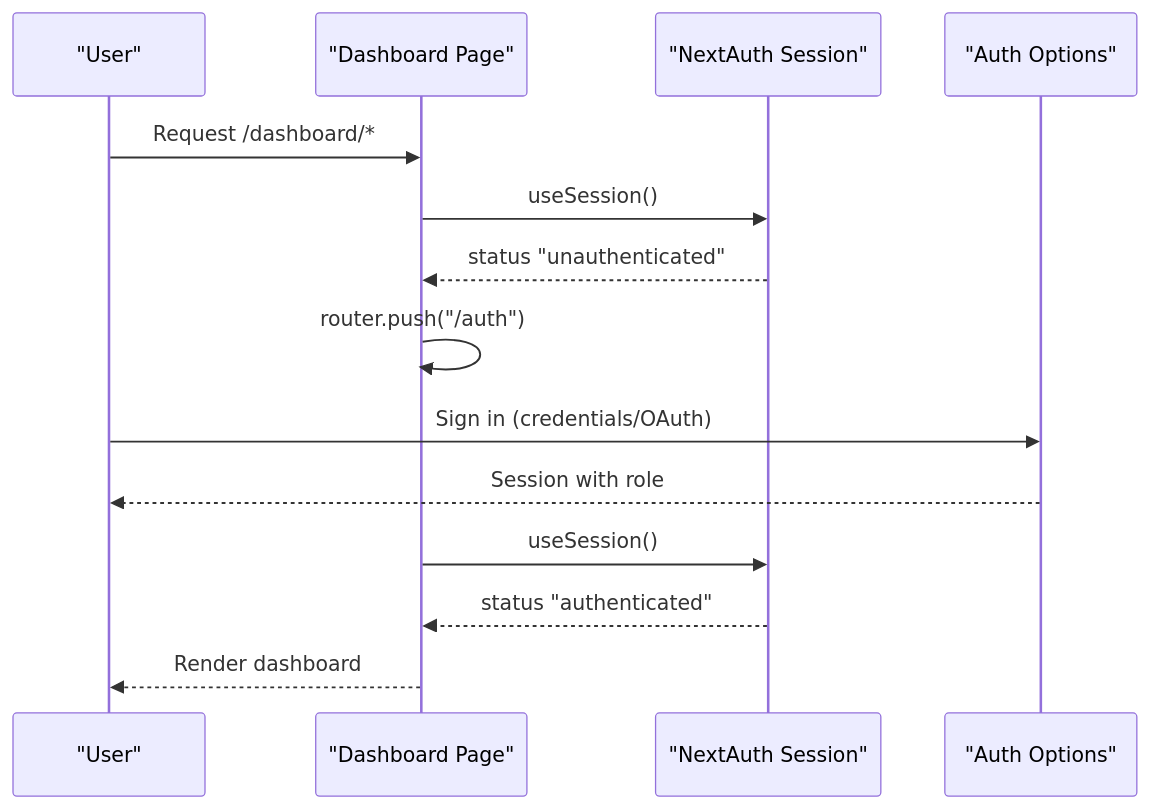
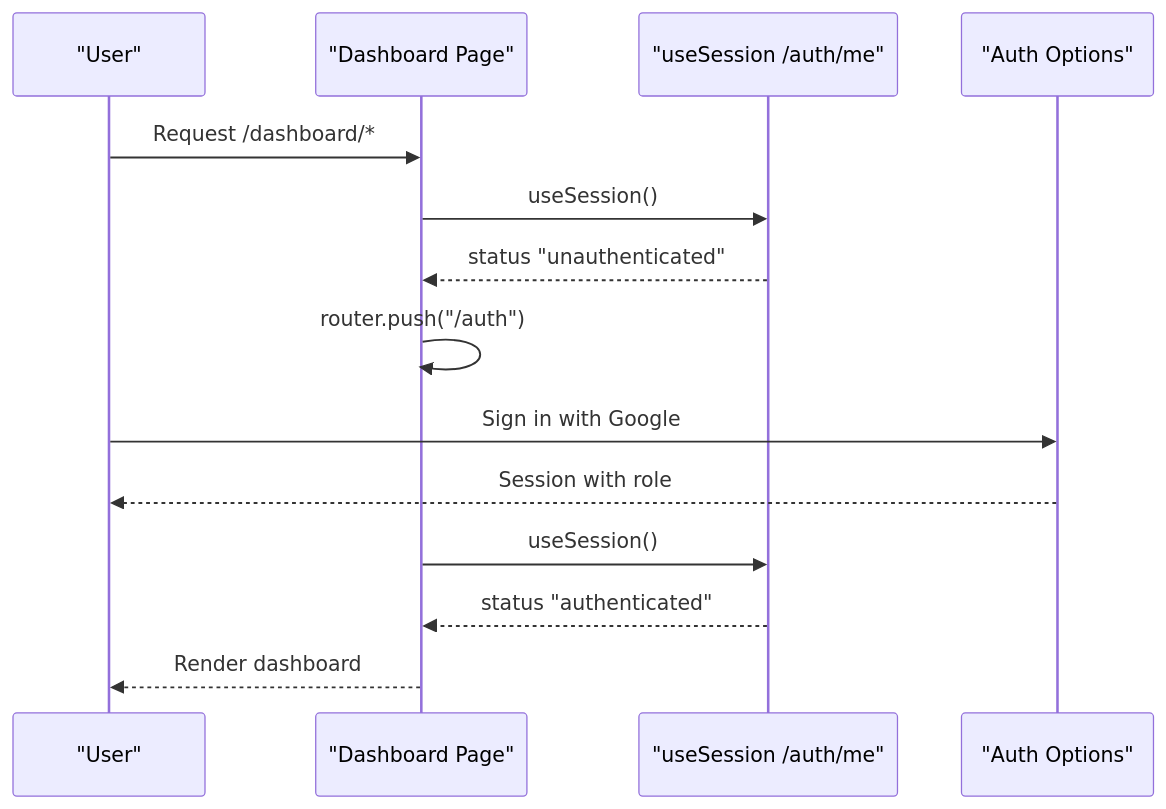
Before and after one commit to tashifkhan/tashif.codes: the fifth of 10 diagrams in src/data/docs/talentsync/Frontend Application/Page Routing and Navigation.md, drawn with Mermaid. The commit also changed other lines of this file and 2128 other files, not shown here.

First line of the commit message:
docs: replace raster diagram images with native Mermaid across project guides

````diff
--- a/src/data/docs/talentsync/Frontend Application/Page Routing and Navigation.md
+++ b/src/data/docs/talentsync/Frontend Application/Page Routing and Navigation.md
@@ -143,16 +140,16 @@
 ```mermaid
 sequenceDiagram
 participant U as "User"
 participant DP as "Dashboard Page"
-participant NA as "NextAuth Session"
+participant NA as "useSession /auth/me"
 participant AO as "Auth Options"
 U->>DP : Request /dashboard/*
 DP->>NA : useSession()
 NA-->>DP : status "unauthenticated"
 DP->>DP : router.push("/auth")
-U->>AO : Sign in (credentials/OAuth)
+U->>AO : Sign in with Google
 AO-->>U : Session with role
 DP->>NA : useSession()
 NA-->>DP : status "authenticated"
 DP-->>U : Render dashboard
 ```
````
